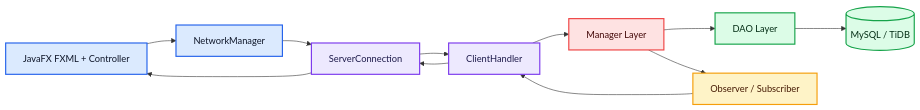
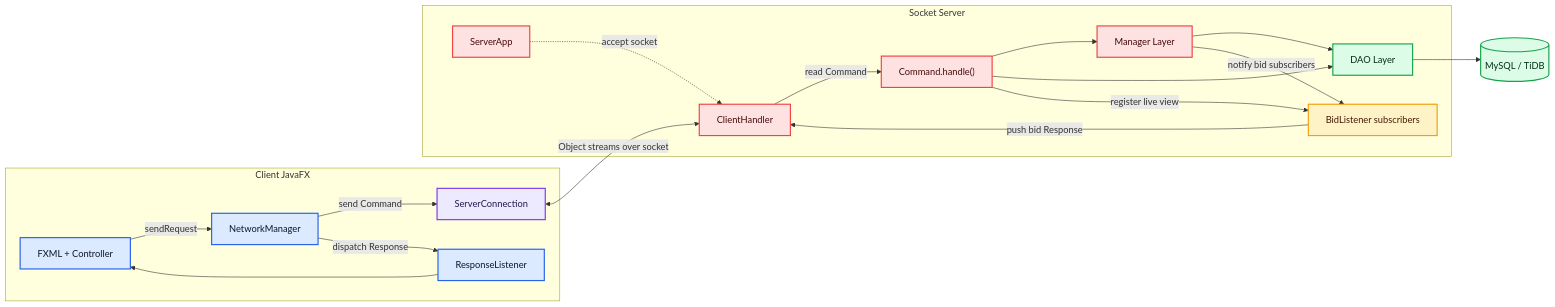
The diagram in README.md (vuminhlong15122007-lab/SnowFlake), drawn with Mermaid before and after one commit. The commit also changed other lines of this file, not shown here.

Commit message:
update 01.20.07 : bản vá sơ đồ readme

````diff
--- a/README.md
+++ b/README.md
@@ -67,26 +67,47 @@
 ```mermaid
 flowchart LR
-    UI["JavaFX FXML + Controller"] --> NM["NetworkManager"]
-    NM --> SC["ServerConnection"]
-    SC --> CH["ClientHandler"]
-    CH --> M["Manager Layer"]
-    M --> DAO["DAO Layer"]
+    subgraph CLIENT["Client JavaFX"]
+        UI["FXML + Controller"]
+        RL["ResponseListener"]
+        NM["NetworkManager"]
+        SC["ServerConnection"]
+
+        UI -->|sendRequest| NM
+        NM -->|send Command| SC
+        NM -->|dispatch Response| RL
+        RL --> UI
+    end
+
+    subgraph SERVER["Socket Server"]
+        SA["ServerApp"]
+        CH["ClientHandler"]
+        CMD["Command.handle()"]
+        M["Manager Layer"]
+        DAO["DAO Layer"]
+        OBS["BidListener subscribers"]
+
+        SA -.->|accept socket| CH
+        CH -->|read Command| CMD
+        CMD --> M
+        CMD --> DAO
+        M --> DAO
+        CMD -->|register live view| OBS
+        M -->|notify bid subscribers| OBS
+        OBS -->|push bid Response| CH
+    end
+
+    SC <-->|Object streams over socket| CH
     DAO --> DB[("MySQL / TiDB")]
-
-    M --> OBS["Observer / Subscriber"]
-    OBS --> CH
-    CH --> SC
-    SC --> UI
 
     classDef client fill:#dbeafe,stroke:#2563eb,stroke-width:2px,color:#0f172a
     classDef socket fill:#ede9fe,stroke:#7c3aed,stroke-width:2px,color:#1e1b4b
     classDef server fill:#fee2e2,stroke:#ef4444,stroke-width:2px,color:#450a0a
     classDef data fill:#dcfce7,stroke:#16a34a,stroke-width:2px,color:#052e16
     classDef realtime fill:#fef3c7,stroke:#f59e0b,stroke-width:2px,color:#451a03
 
-    class UI,NM client
-    class SC,CH socket
-    class M server
+    class UI,RL,NM client
+    class SC socket
+    class SA,CH,CMD,M server
     class DAO,DB data
     class OBS realtime
 ```
````
